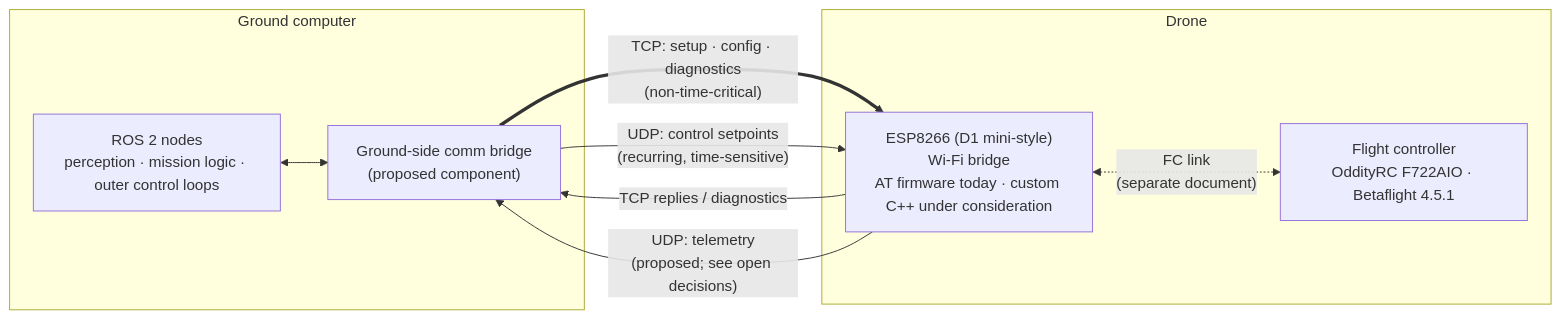
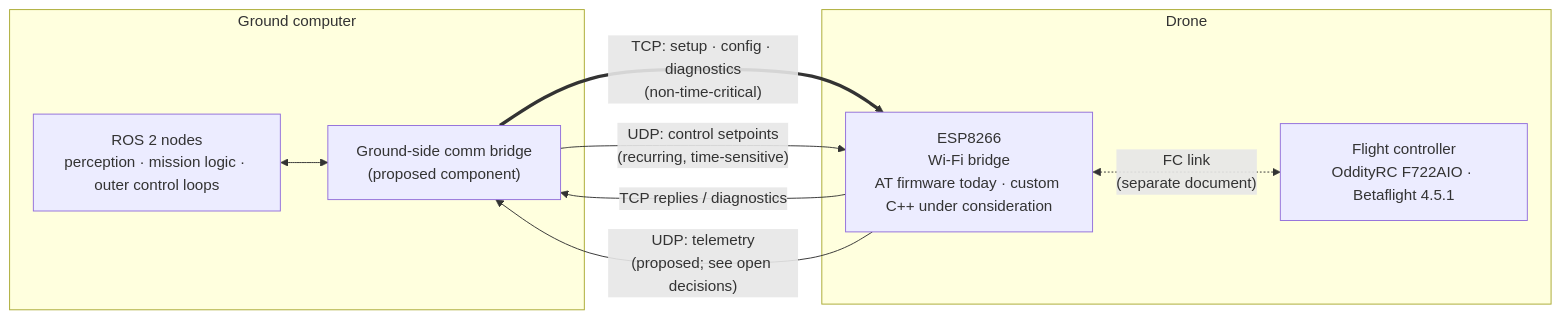
Before and after one commit to SEAME-pt/SEA-ME_Team1_ROSRangers: the diagram in docs/Communication/PC_to_ESP.md, drawn with Mermaid. The commit also changed other lines of this file and 42 other files, not shown here.

````diff
--- a/docs/Communication/PC_to_ESP.md
+++ b/docs/Communication/PC_to_ESP.md
@@ -85,19 +85,19 @@
 ```mermaid
 flowchart LR
     subgraph GND["Ground computer"]
         ROS["ROS 2 nodes<br/>perception · mission logic · outer control loops"]
         GB["Ground-side comm bridge<br/>(proposed component)"]
         ROS <--> GB
     end
 
     subgraph AIR["Drone"]
-        ESP["ESP8266 (D1 mini-style)<br/>Wi-Fi bridge<br/>AT firmware today · custom C++ under consideration"]
+        ESP["ESP8266<br/>Wi-Fi bridge<br/>AT firmware today · custom C++ under consideration"]
         FC["Flight controller<br/>OddityRC F722AIO · Betaflight 4.5.1"]
         ESP <-. "FC link<br/>(separate document)" .-> FC
     end
 
     GB == "TCP: setup · config · diagnostics<br/>(non-time-critical)" ==> ESP
     ESP -- "TCP replies / diagnostics" --> GB
     GB -- "UDP: control setpoints<br/>(recurring, time-sensitive)" --> ESP
     ESP -- "UDP: telemetry<br/>(proposed; see open decisions)" --> GB
 ```
````
